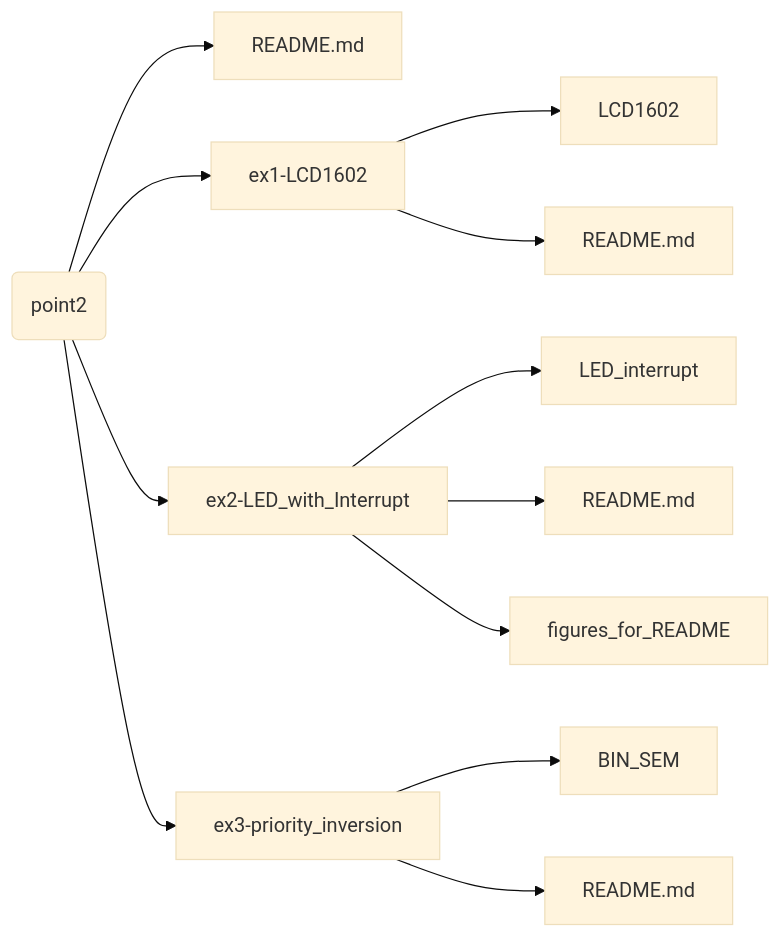
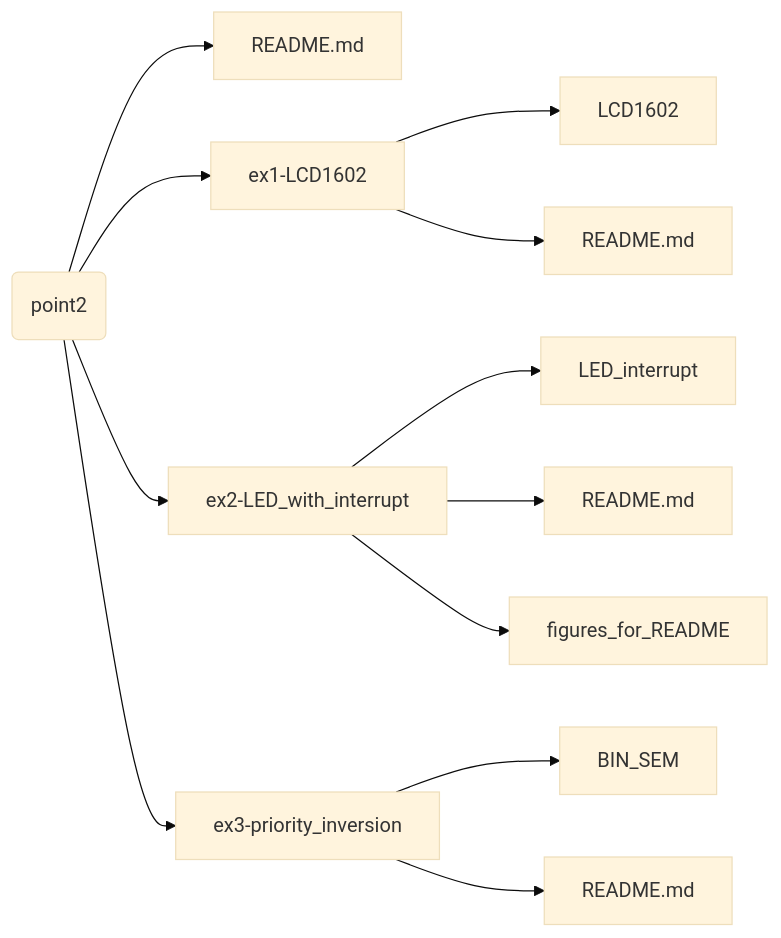
The third of 4 diagrams in README.md (smokyisthatyou/STM32Nucleo64), drawn with Mermaid before and after one commit.

````diff
--- a/README.md
+++ b/README.md
@@ -59,27 +59,27 @@
 ```mermaid
 %%{init: {'theme':'base'}}%%
 graph LR;
 A[README.md];
 B[README.md];
 C[README.md];
 D[README.md];
 p2(point2)
 p2-->A;
 p2-->ex1-LCD1602;
-p2-->ex2-LED_with_Interrupt;
+p2-->ex2-LED_with_interrupt;
 p2-->ex3-priority_inversion;
 ex1-LCD1602-->LCD1602;
 ex1-LCD1602-->D;
-ex2-LED_with_Interrupt-->LED_interrupt;
-ex2-LED_with_Interrupt-->B;
-ex2-LED_with_Interrupt-->figures_for_README;
+ex2-LED_with_interrupt-->LED_interrupt;
+ex2-LED_with_interrupt-->B;
+ex2-LED_with_interrupt-->figures_for_README;
 ex3-priority_inversion-->BIN_SEM;
 ex3-priority_inversion-->C;
 
 click p2 href "https://baltig.polito.it/caos2023/group2/-/tree/point2" "Link to point2";
 click README.md href "https://baltig.polito.it/caos2023/group2/-/blob/point2/README.md" "Link to README.md";
-click ex2-LED_with_Interrupt href "https://baltig.polito.it/caos2023/group2/-/tree/point2/ex2-LED_with_Interrupt" "Link to ex2-LED_with_Interrupt";
-click LED_interrupt href "https://baltig.polito.it/caos2023/group2/-/tree/point2/ex2-LED_with_Interrupt/LED_interrupt" "Link to LED_interrupt";
+click ex2-LED_with_interrupt href "https://baltig.polito.it/caos2023/group2/-/tree/point2/ex2-LED_with_interrupt" "Link to ex2-LED_with_interrupt";
+click LED_interrupt href "https://baltig.polito.it/caos2023/group2/-/tree/point2/ex2-LED_with_interrupt/LED_interrupt" "Link to LED_interrupt";
 click B href "https://baltig.polito.it/caos2023/group2/-/tree/point2/ex2-LED_with_Interrupt/README.md" "Link to README.md";
-click figures_for_README href "https://baltig.polito.it/caos2023/group2/-/tree/point2/ex2-LED_with_Interrupt/figures_for_README" "Link to figures_for_README";
+click figures_for_README href "https://baltig.polito.it/caos2023/group2/-/tree/point2/ex2-LED_with_interrupt/figures_for_README" "Link to figures_for_README";
 ```
````
